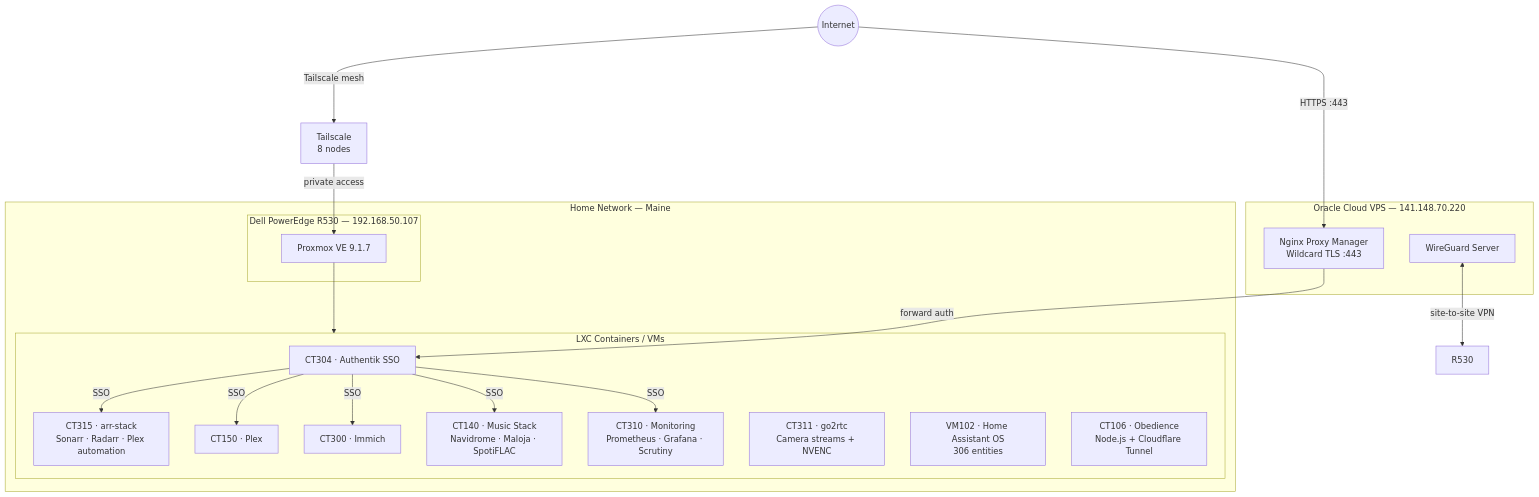
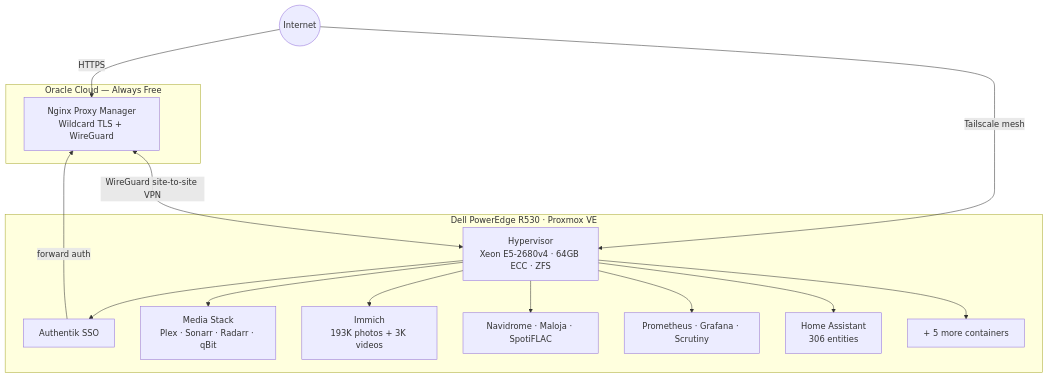
Before and after one commit to dsanborn16/homelab: the diagram in README.md, drawn with Mermaid. The commit also changed other lines of this file and 7 other files, not shown here.

````diff
--- a/README.md
+++ b/README.md
@@ -25,37 +25,25 @@
 ```mermaid
 flowchart TD
     Internet((Internet))
-    Internet -->|HTTPS :443| NPM
-    Internet --->|Tailscale mesh| TS[Tailscale\n8 nodes]
+    Internet -->|HTTPS| VPS
+    Internet -->|Tailscale mesh| Server
 
-    subgraph oracle[Oracle Cloud VPS — 141.148.70.220]
-        NPM[Nginx Proxy Manager\nWildcard TLS :443]
-        WGS[WireGuard Server]
+    subgraph cloud[Oracle Cloud — Always Free]
+        VPS[Nginx Proxy Manager\nWildcard TLS + WireGuard]
     end
 
-    WGS <-->|site-to-site VPN| R530
+    VPS <-->|WireGuard site-to-site VPN| Server
 
-    subgraph homelab[Home Network — Maine]
-        subgraph r530[Dell PowerEdge R530 — 192.168.50.107]
-            PVE[Proxmox VE 9.1.7]
-        end
-
-        subgraph containers[LXC Containers / VMs]
-            CT304[CT304 · Authentik SSO]
-            CT315[CT315 · arr-stack\nSonarr · Radarr · Plex automation]
-            CT150[CT150 · Plex]
-            CT300[CT300 · Immich]
-            CT140[CT140 · Music Stack\nNavidrome · Maloja · SpotiFLAC]
-            CT310[CT310 · Monitoring\nPrometheus · Grafana · Scrutiny]
-            CT311[CT311 · go2rtc\nCamera streams + NVENC]
-            VM102[VM102 · Home Assistant OS\n306 entities]
-            CT106[CT106 · Obedience\nNode.js + Cloudflare Tunnel]
-        end
-
-        PVE --> containers
+    subgraph homelab[Dell PowerEdge R530 · Proxmox VE]
+        Server[Hypervisor\nXeon E5-2680v4 · 64GB ECC · ZFS]
+        Server --> Auth[Authentik SSO]
+        Server --> Media[Media Stack\nPlex · Sonarr · Radarr · qBit]
+        Server --> Photos[Immich\n193K photos + 3K videos]
+        Server --> Music[Navidrome · Maloja · SpotiFLAC]
+        Server --> Monitor[Prometheus · Grafana · Scrutiny]
+        Server --> HA[Home Assistant\n306 entities]
+        Server --> More[+ 5 more containers]
     end
 
-    NPM -->|forward auth| CT304
-    CT304 -->|SSO| CT315 & CT150 & CT300 & CT140 & CT310
-    TS -->|private access| PVE
+    Auth -->|forward auth| VPS
 ```
````
